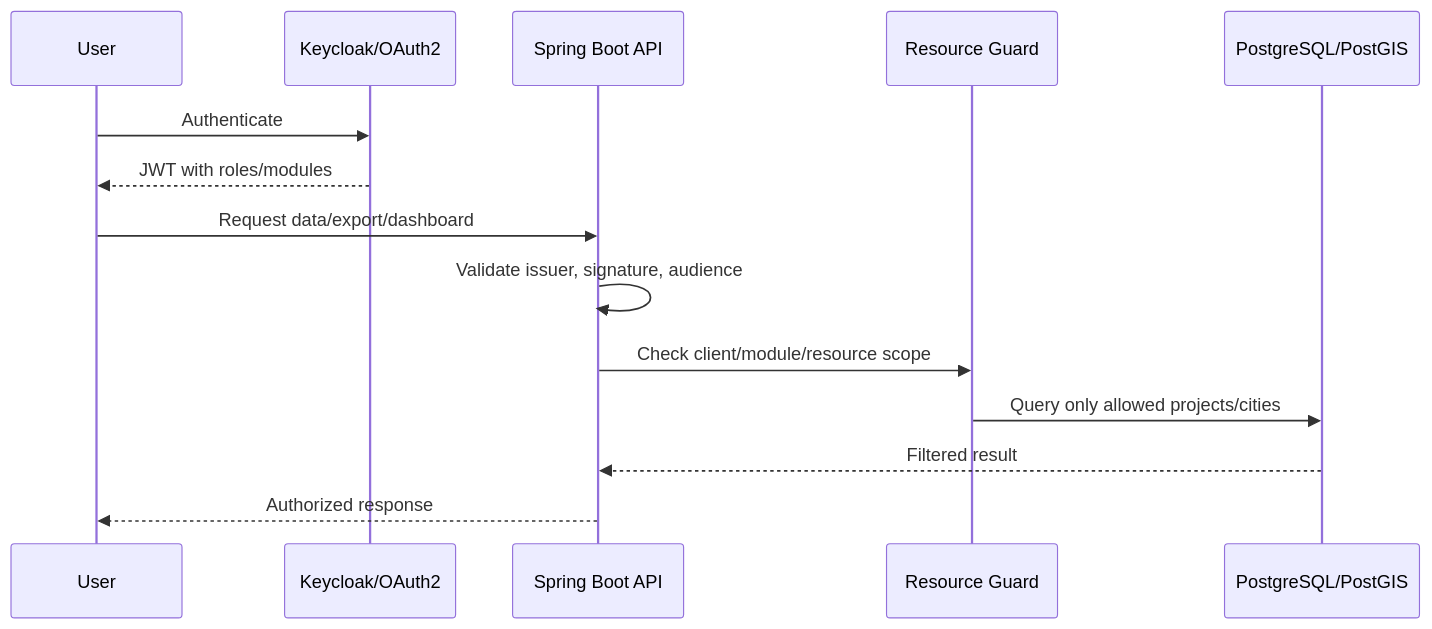
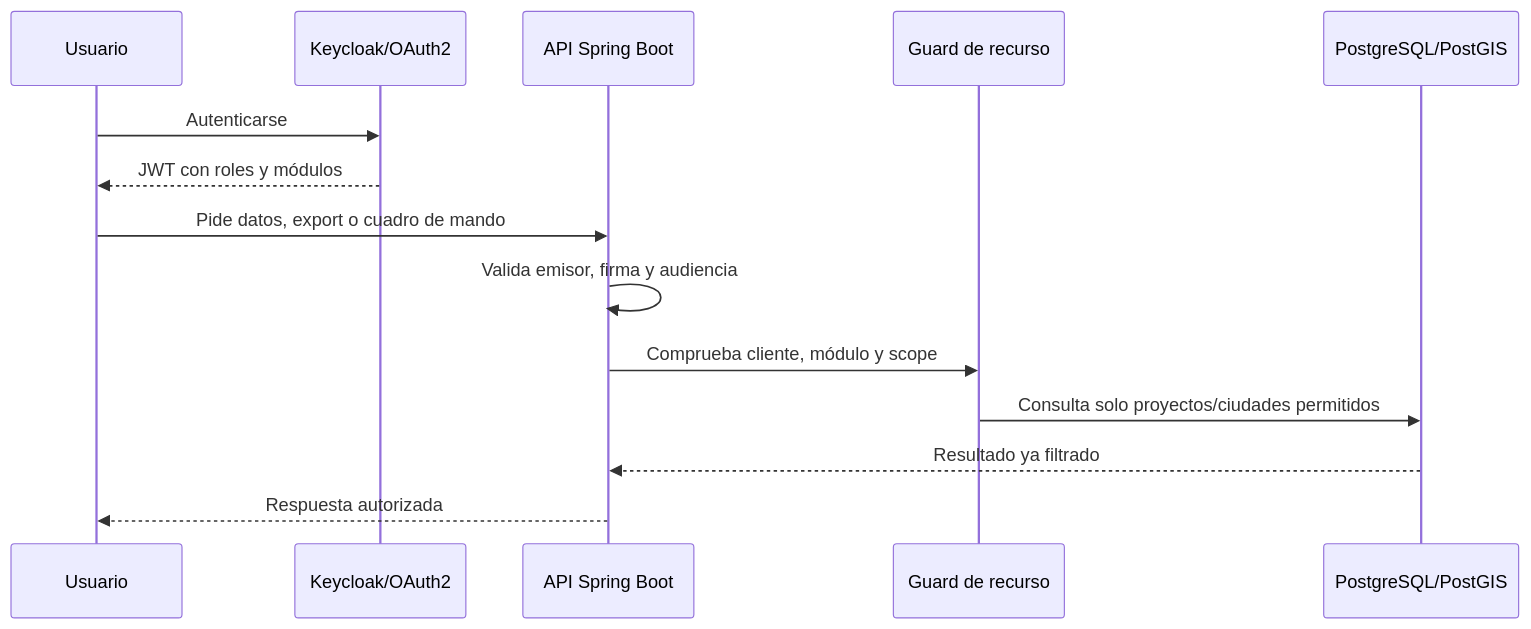
The second of 5 diagrams in diagrams/appfibra-platform.md (rabiiie/rsamadi-portfolio), drawn with Mermaid before and after one commit. The commit also changed other lines of this file and 8 other files, not shown here.

````diff
--- a/diagrams/appfibra-platform.md
+++ b/diagrams/appfibra-platform.md
@@ -27,17 +27,17 @@
 ```mermaid
 sequenceDiagram
-    participant User
+    participant Usuario
     participant IdP as Keycloak/OAuth2
-    participant API as Spring Boot API
-    participant Guard as Resource Guard
+    participant API as API Spring Boot
+    participant Guard as Guard de recurso
     participant DB as PostgreSQL/PostGIS
 
-    User->>IdP: Authenticate
-    IdP-->>User: JWT with roles/modules
-    User->>API: Request data/export/dashboard
-    API->>API: Validate issuer, signature, audience
-    API->>Guard: Check client/module/resource scope
-    Guard->>DB: Query only allowed projects/cities
-    DB-->>API: Filtered result
-    API-->>User: Authorized response
+    Usuario->>IdP: Autenticarse
+    IdP-->>Usuario: JWT con roles y módulos
+    Usuario->>API: Pide datos, export o cuadro de mando
+    API->>API: Valida emisor, firma y audiencia
+    API->>Guard: Comprueba cliente, módulo y scope
+    Guard->>DB: Consulta solo proyectos/ciudades permitidos
+    DB-->>API: Resultado ya filtrado
+    API-->>Usuario: Respuesta autorizada
 ```
````
